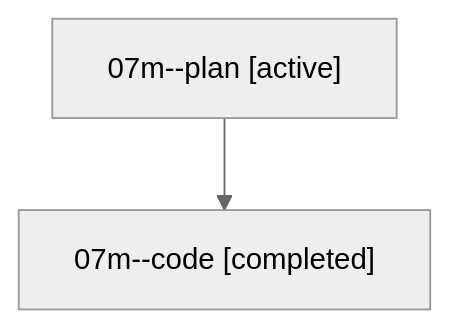
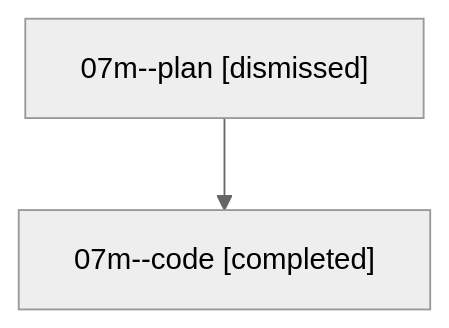
One commit to bobs-org/bob-cli--agents changed the diagram in sessions/bbugyi200.athena.07m.md. Above: the diagram before and after it, drawn with Mermaid (neutral theme). The commit also changed other lines of this file and 10 other files, not shown here.

````diff
--- a/sessions/bbugyi200.athena.07m.md
+++ b/sessions/bbugyi200.athena.07m.md
@@ -9,6 +9,6 @@
 ```mermaid
 flowchart TD
-  n0["07m--plan [active]"]
+  n0["07m--plan [dismissed]"]
   n1["07m--code [completed]"]
   n0 --> n1
 ```
````
